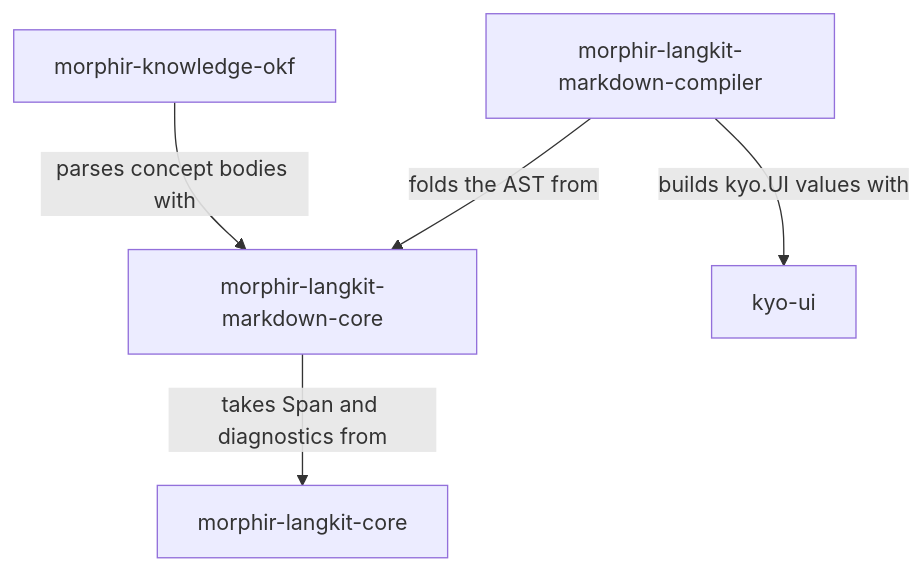
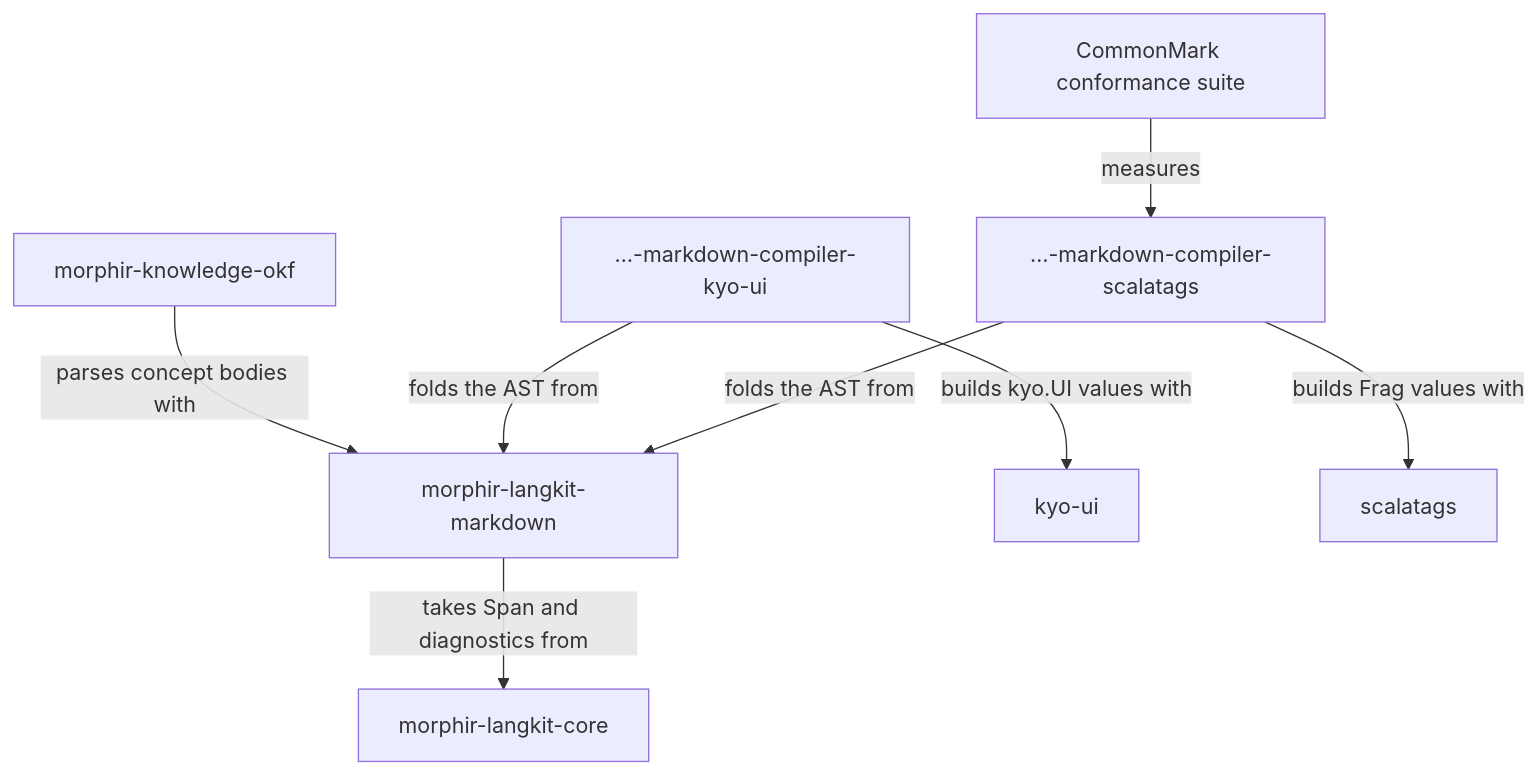
Before and after one commit to finos/morphir-scala: the second of 2 diagrams in kb/bundles/intent/0033-markdown-compilation.md, drawn with Mermaid. The commit also changed other lines of this file and 4 other files, not shown here.

````diff
--- a/kb/bundles/intent/0033-markdown-compilation.md
+++ b/kb/bundles/intent/0033-markdown-compilation.md
@@ -128,7 +189,10 @@
 ```mermaid
 flowchart TD
   okf["morphir-knowledge-okf"] -->|"parses concept bodies with"| core
-  core["morphir-langkit-markdown-core"] -->|"takes Span and diagnostics from"| lk["morphir-langkit-core"]
-  comp["morphir-langkit-markdown-compiler"] -->|"folds the AST from"| core
+  core["morphir-langkit-markdown"] -->|"takes Span and diagnostics from"| lk["morphir-langkit-core"]
+  comp["…-markdown-compiler-kyo-ui"] -->|"folds the AST from"| core
   comp -->|"builds kyo.UI values with"| kyoui["kyo-ui"]
+  conf["…-markdown-compiler-scalatags"] -->|"folds the AST from"| core
+  conf -->|"builds Frag values with"| st["scalatags"]
+  suite["CommonMark conformance suite"] -->|"measures"| conf
 ```
````
